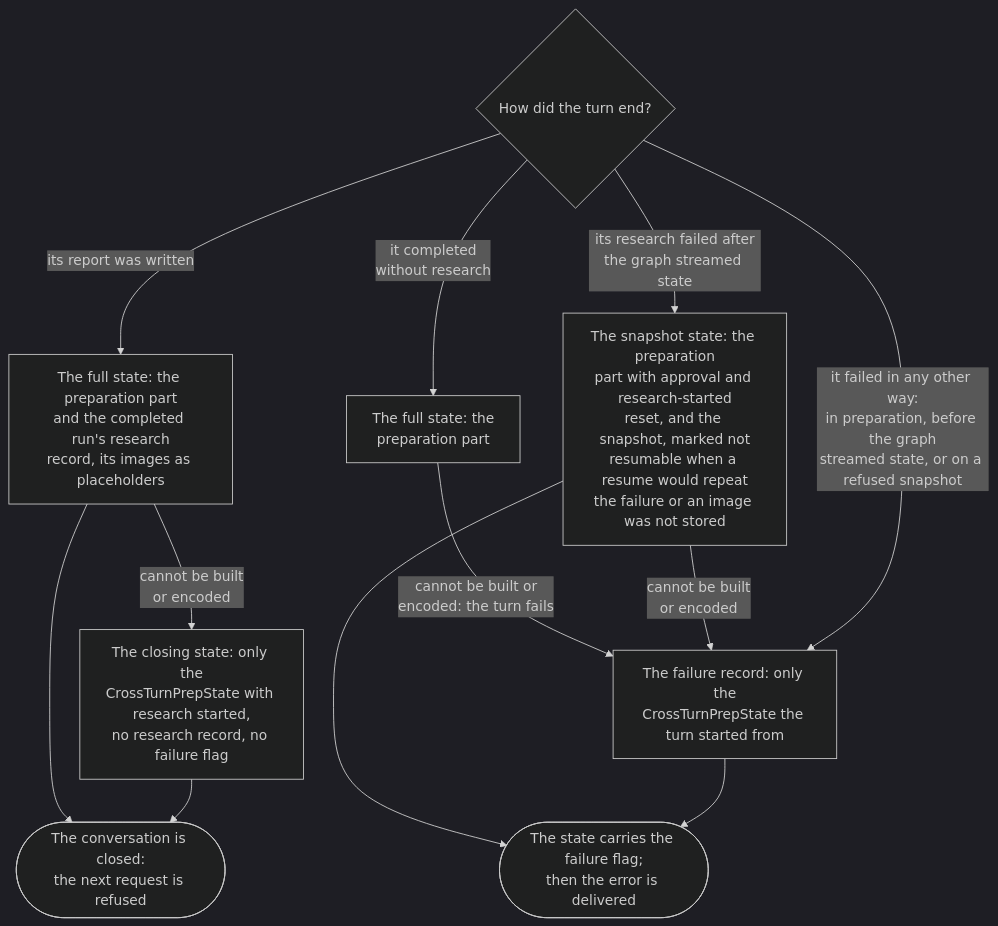
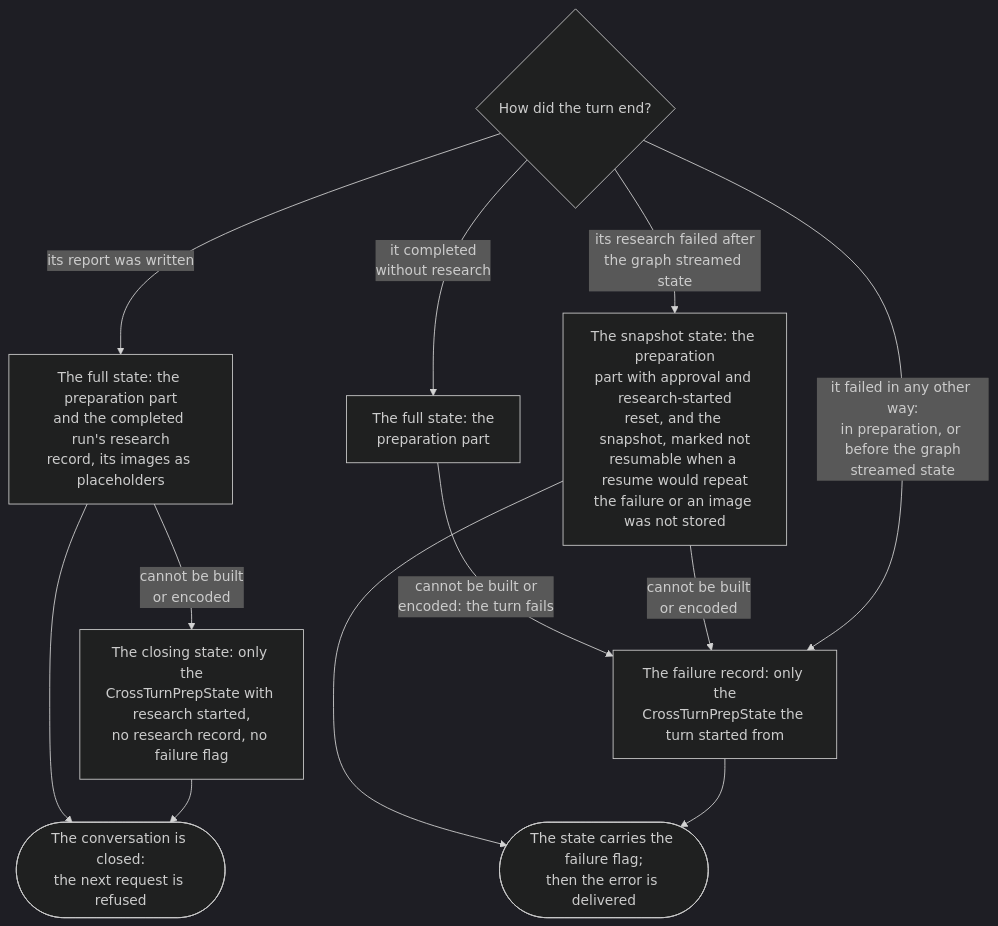
Before and after one commit to epam/ai-dial-deep-research-backend: the third of 5 diagrams in docs/architecture.md, drawn with Mermaid (dark theme). The commit also changed other lines of this file and 18 other files, not shown here.

````diff
--- a/docs/architecture.md
+++ b/docs/architecture.md
@@ -206,15 +206,15 @@
 ```mermaid
 flowchart TD
     ended{"How did the turn end?"}
     ended -->|"its report was written"| full["The full state: the preparation part<br/>and the completed run's research<br/>record, its images as placeholders"]
     full -->|"cannot be built<br/>or encoded"| closing["The closing state: only the<br/>CrossTurnPrepState with research started,<br/>no research record, no failure flag"]
     full --> closed(["The conversation is closed:<br/>the next request is refused"])
     closing --> closed
     ended -->|"it completed<br/>without research"| prep_full["The full state: the<br/>preparation part"]
     prep_full -->|"cannot be built or<br/>encoded: the turn fails"| record
     ended -->|"its research failed after<br/>the graph streamed state"| snapshot["The snapshot state: the preparation<br/>part with approval and research-started<br/>reset, and the snapshot, marked not<br/>resumable when a resume would repeat<br/>the failure or an image was not stored"]
     snapshot -->|"cannot be built<br/>or encoded"| record["The failure record: only the<br/>CrossTurnPrepState the turn started from"]
-    ended -->|"it failed in any other way:<br/>in preparation, before the graph<br/>streamed state, or on a refused snapshot"| record
+    ended -->|"it failed in any other way:<br/>in preparation, or before the graph<br/>streamed state"| record
     snapshot --> flag(["The state carries the failure flag;<br/>then the error is delivered"])
     record --> flag
 ```
````
